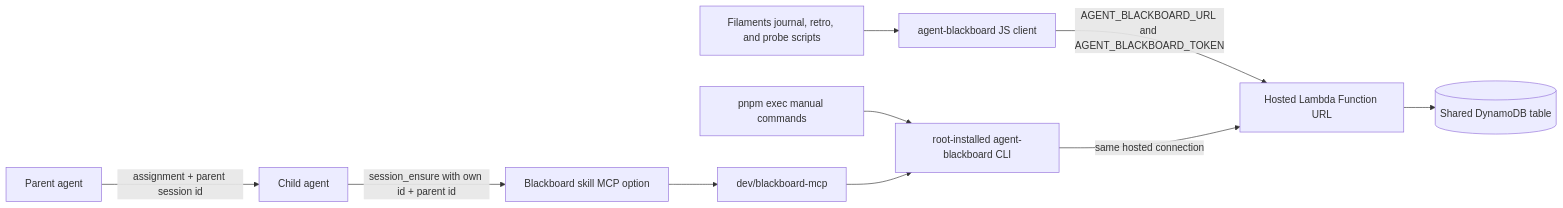
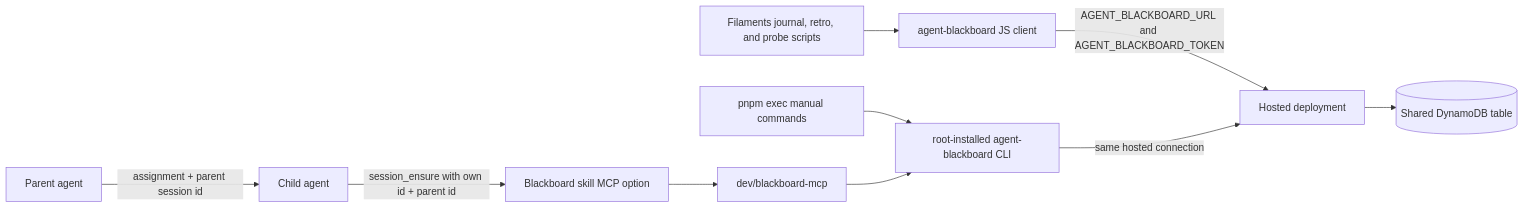
One commit to vouchington/vouchington changed the diagram in docs/development/agent-blackboard.md. Above: the diagram before and after it, drawn with Mermaid. The commit also changed other lines of this file and 3971 other files, not shown here.

````diff
--- a/docs/development/agent-blackboard.md
+++ b/docs/development/agent-blackboard.md
@@ -26,12 +26,12 @@
 ```mermaid
 flowchart LR
   parent[Parent agent] -->|assignment + parent session id| child[Child agent]
   child -->|session_ensure with own id + parent id| journalMcp
   scripts[Filaments journal, retro, and probe scripts] --> js[agent-blackboard JS client]
   journalMcp[Blackboard skill MCP option] --> mcp[dev/blackboard-mcp]
   manual[pnpm exec manual commands] --> cli[root-installed agent-blackboard CLI]
   mcp --> cli
-  js -->|AGENT_BLACKBOARD_URL and AGENT_BLACKBOARD_TOKEN| lambda[Hosted Lambda Function URL]
+  js -->|AGENT_BLACKBOARD_URL and AGENT_BLACKBOARD_TOKEN| lambda[Hosted deployment]
   cli -->|same hosted connection| lambda
   lambda --> table[(Shared DynamoDB table)]
 ```
````
